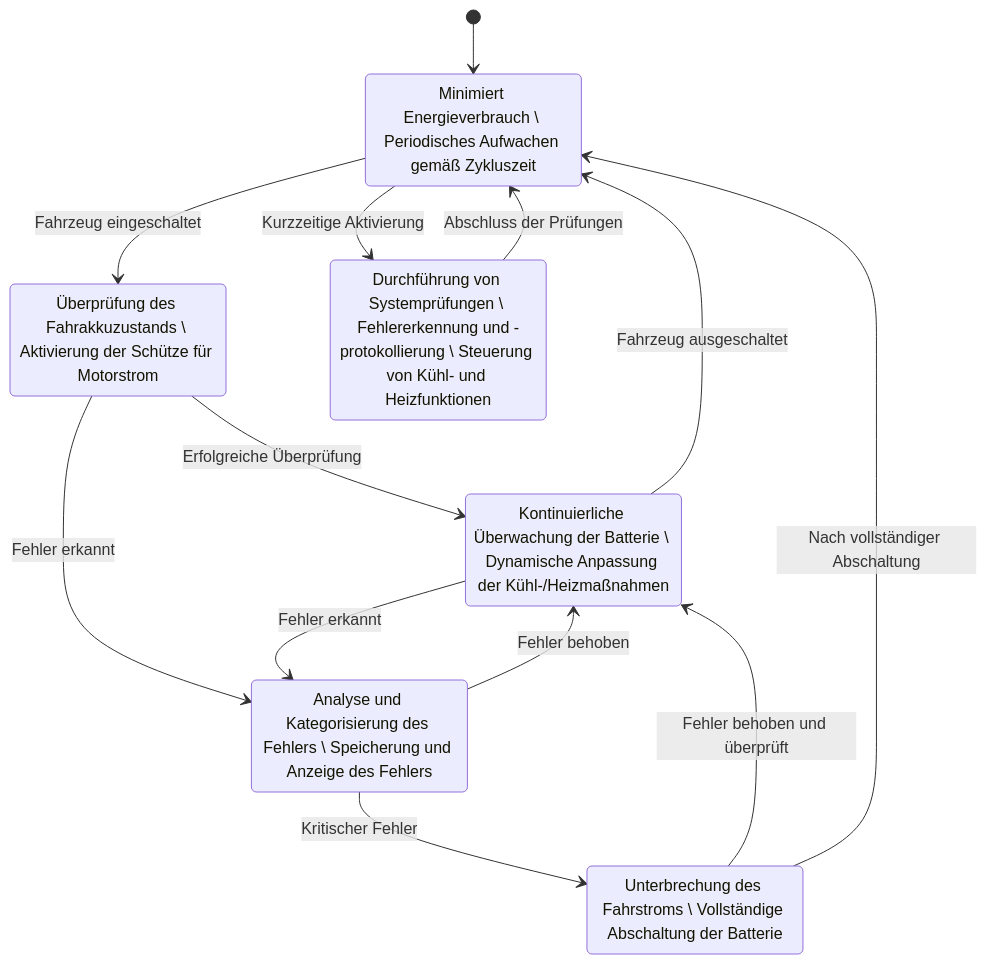
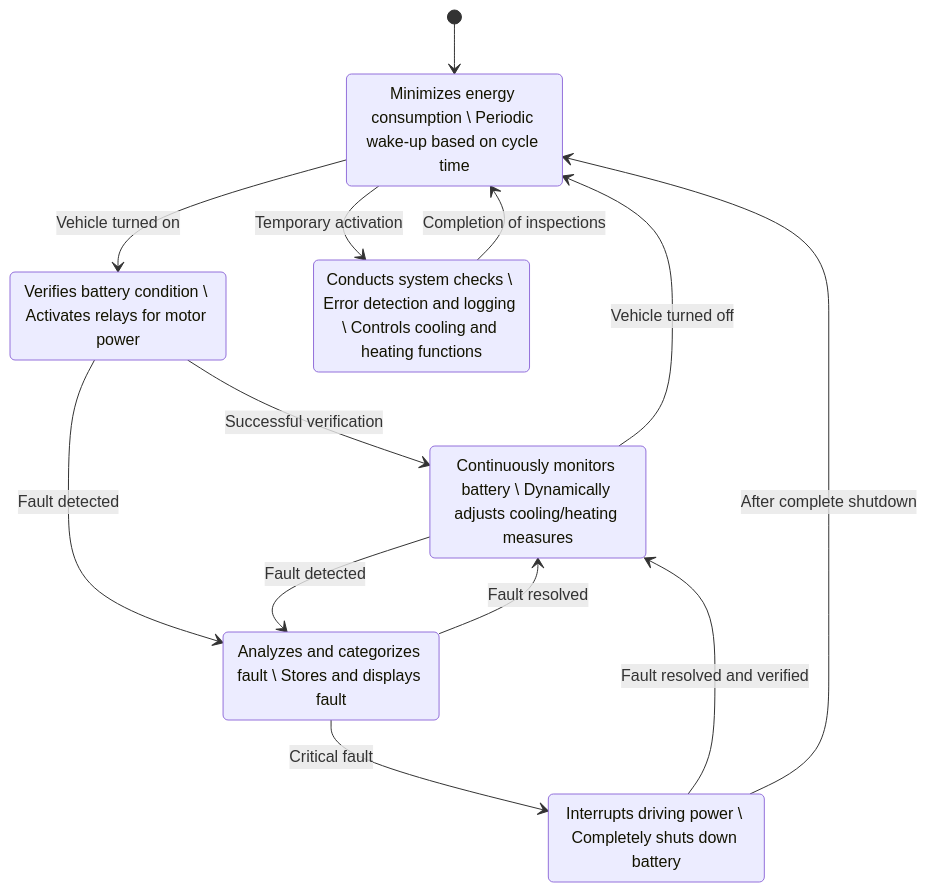
Before and after one commit to CagriCatik/Battery-Systems-Technology: the first of 2 diagrams in docs/src/system_and_algorithms/state_machine.md, drawn with Mermaid. The commit also changed other lines of this file and 733 other files, not shown here.

````diff
--- a/docs/src/system_and_algorithms/state_machine.md
+++ b/docs/src/system_and_algorithms/state_machine.md
@@ -18,28 +9,27 @@
 ```mermaid
 stateDiagram-v2
     [*] --> Sleep_Mode
 
-    Sleep_Mode: Minimiert Energieverbrauch \ Periodisches Aufwachen gemäß Zykluszeit
-    Sleep_Mode --> Start_Mode : Fahrzeug eingeschaltet
-    Sleep_Mode --> Active_Mode : Kurzzeitige Aktivierung
+    Sleep_Mode: Minimizes energy consumption \ Periodic wake-up based on cycle time
+    Sleep_Mode --> Start_Mode : Vehicle turned on
+    Sleep_Mode --> Active_Mode : Temporary activation
 
-    Active_Mode: Durchführung von Systemprüfungen \ Fehlererkennung und -protokollierung \ Steuerung von Kühl- und Heizfunktionen
-    Active_Mode --> Sleep_Mode : Abschluss der Prüfungen
+    Active_Mode: Conducts system checks \ Error detection and logging \ Controls cooling and heating functions
+    Active_Mode --> Sleep_Mode : Completion of inspections
 
-    Start_Mode: Überprüfung des Fahrakkuzustands \ Aktivierung der Schütze für Motorstrom
-    Start_Mode --> Operational_Mode : Erfolgreiche Überprüfung
-    Start_Mode --> Fault_Mode : Fehler erkannt
+    Start_Mode: Verifies battery condition \ Activates relays for motor power
+    Start_Mode --> Operational_Mode : Successful verification
+    Start_Mode --> Fault_Mode : Fault detected
 
-    Operational_Mode: Kontinuierliche Überwachung der Batterie \ Dynamische Anpassung der Kühl-/Heizmaßnahmen
-    Operational_Mode --> Sleep_Mode : Fahrzeug ausgeschaltet
-    Operational_Mode --> Fault_Mode : Fehler erkannt
+    Operational_Mode: Continuously monitors battery \ Dynamically adjusts cooling/heating measures
+    Operational_Mode --> Sleep_Mode : Vehicle turned off
+    Operational_Mode --> Fault_Mode : Fault detected
 
-    Fault_Mode: Analyse und Kategorisierung des Fehlers \ Speicherung und Anzeige des Fehlers
-    Fault_Mode --> Safety_Mode : Kritischer Fehler
-    Fault_Mode --> Operational_Mode : Fehler behoben
+    Fault_Mode: Analyzes and categorizes fault \ Stores and displays fault
+    Fault_Mode --> Safety_Mode : Critical fault
+    Fault_Mode --> Operational_Mode : Fault resolved
 
-    Safety_Mode: Unterbrechung des Fahrstroms \ Vollständige Abschaltung der Batterie
-    Safety_Mode --> Operational_Mode : Fehler behoben und überprüft
-    Safety_Mode --> Sleep_Mode : Nach vollständiger Abschaltung
-
+    Safety_Mode: Interrupts driving power \ Completely shuts down battery
+    Safety_Mode --> Operational_Mode : Fault resolved and verified
+    Safety_Mode --> Sleep_Mode : After complete shutdown
 ```
````
